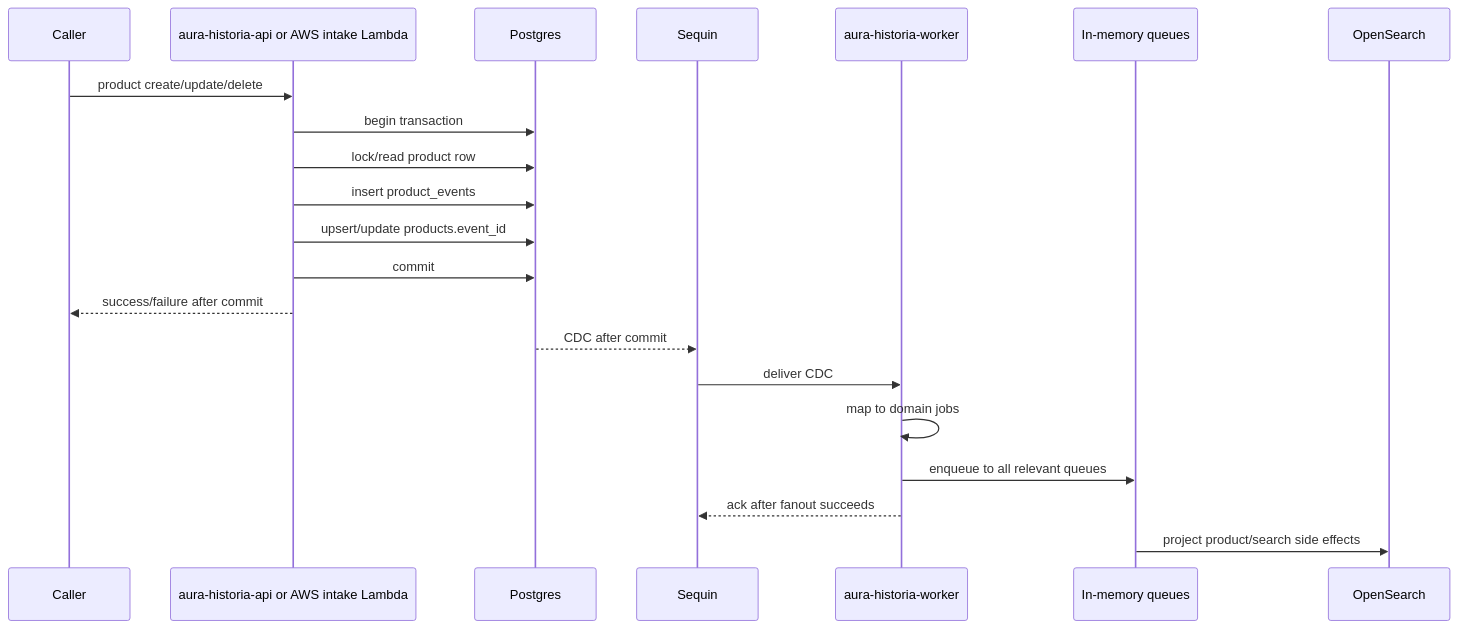
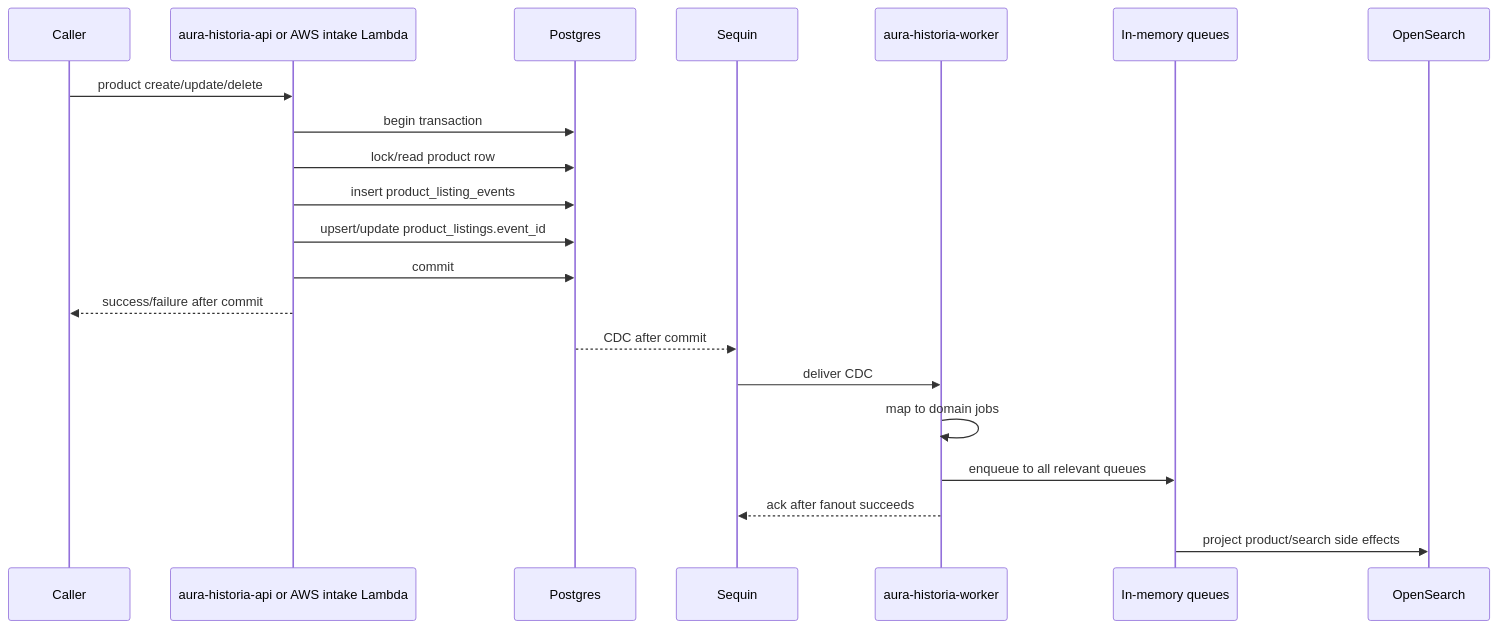
The second of 2 diagrams in docs/events/flow.md (aura-historia/backend), drawn with Mermaid before and after one commit. The commit also changed other lines of this file and 173 other files, not shown here.

````diff
--- a/docs/events/flow.md
+++ b/docs/events/flow.md
@@ -74,24 +74,24 @@
 ```mermaid
 sequenceDiagram
     participant Caller
     participant API as aura-historia-api or AWS intake Lambda
     participant PG as Postgres
     participant Sequin
     participant Worker as aura-historia-worker
     participant Queue as In-memory queues
     participant OS as OpenSearch
 
     Caller->>API: product create/update/delete
     API->>PG: begin transaction
     API->>PG: lock/read product row
-    API->>PG: insert product_events
-    API->>PG: upsert/update products.event_id
+    API->>PG: insert product_listing_events
+    API->>PG: upsert/update product_listings.event_id
     API->>PG: commit
     API-->>Caller: success/failure after commit
     PG-->>Sequin: CDC after commit
     Sequin->>Worker: deliver CDC
     Worker->>Worker: map to domain jobs
     Worker->>Queue: enqueue to all relevant queues
     Worker-->>Sequin: ack after fanout succeeds
     Queue->>OS: project product/search side effects
 ```
````
